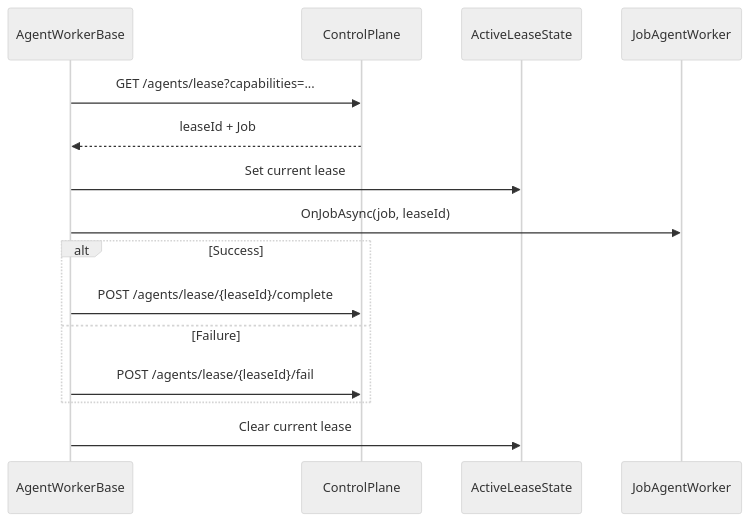
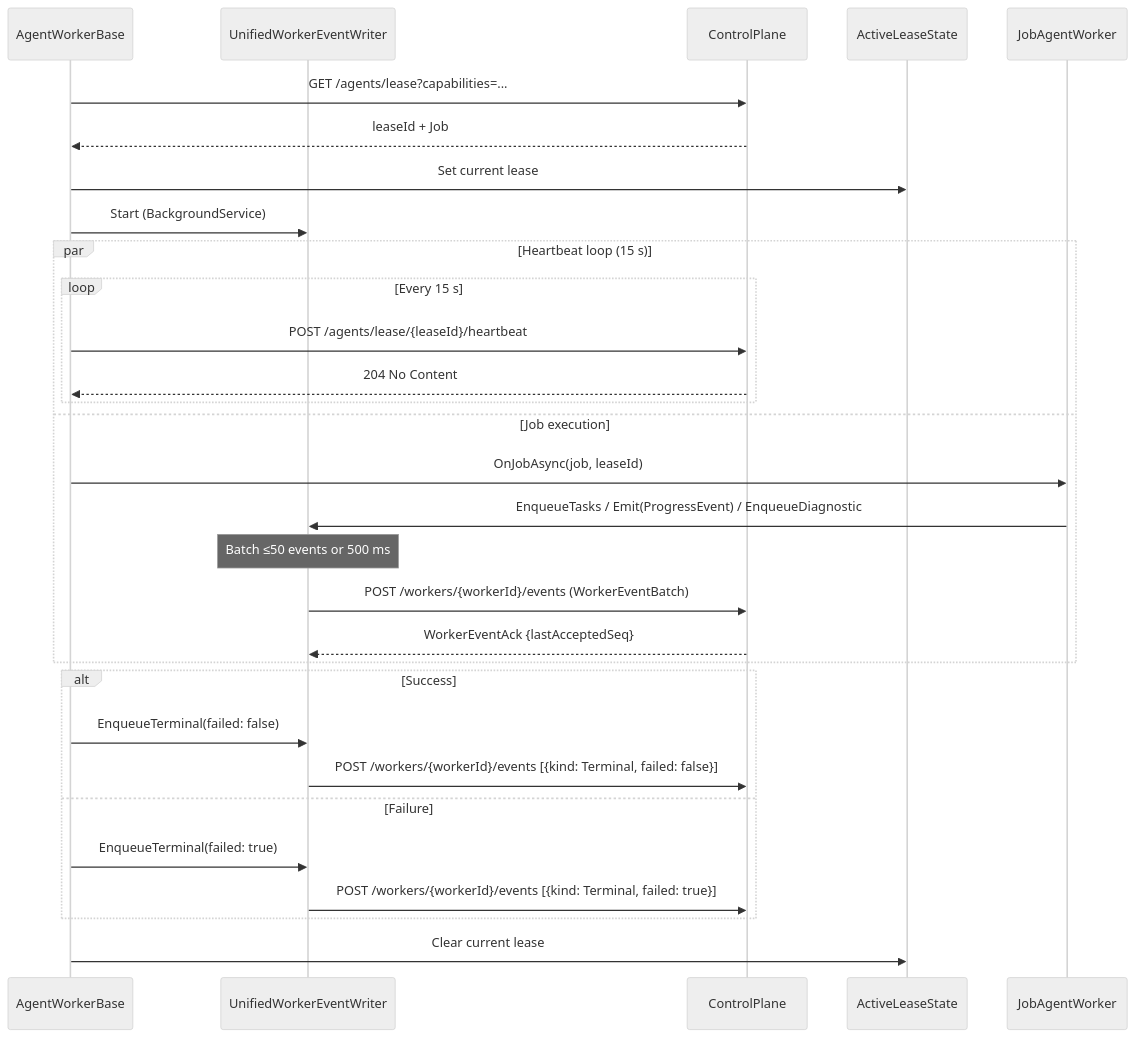
The diagram in .agents/10-contracts/specs/lease-coordination-contract.md (nkdAgility/azure-devops-migration-platform), drawn with Mermaid (neutral theme) before and after one commit. The commit also changed other lines of this file and 652 other files, not shown here.

````diff
--- a/.agents/10-contracts/specs/lease-coordination-contract.md
+++ b/.agents/10-contracts/specs/lease-coordination-contract.md
@@ -22,18 +23,35 @@
 ```mermaid
 sequenceDiagram
   participant AW as AgentWorkerBase
+  participant UEW as UnifiedWorkerEventWriter
   participant CP as ControlPlane
   participant LS as ActiveLeaseState
   participant JW as JobAgentWorker
 
   AW->>CP: GET /agents/lease?capabilities=...
   CP-->>AW: leaseId + Job
   AW->>LS: Set current lease
-  AW->>JW: OnJobAsync(job, leaseId)
+  AW->>UEW: Start (BackgroundService)
+
+  par Heartbeat loop (15 s)
+    loop Every 15 s
+      AW->>CP: POST /agents/lease/{leaseId}/heartbeat
+      CP-->>AW: 204 No Content
+    end
+  and Job execution
+    AW->>JW: OnJobAsync(job, leaseId)
+    JW->>UEW: EnqueueTasks / Emit(ProgressEvent) / EnqueueDiagnostic
+    Note over UEW: Batch ≤50 events or 500 ms
+    UEW->>CP: POST /workers/{workerId}/events (WorkerEventBatch)
+    CP-->>UEW: WorkerEventAck {lastAcceptedSeq}
+  end
+
   alt Success
-    AW->>CP: POST /agents/lease/{leaseId}/complete
+    AW->>UEW: EnqueueTerminal(failed: false)
+    UEW->>CP: POST /workers/{workerId}/events [{kind: Terminal, failed: false}]
   else Failure
-    AW->>CP: POST /agents/lease/{leaseId}/fail
+    AW->>UEW: EnqueueTerminal(failed: true)
+    UEW->>CP: POST /workers/{workerId}/events [{kind: Terminal, failed: true}]
   end
   AW->>LS: Clear current lease
 ```
````
